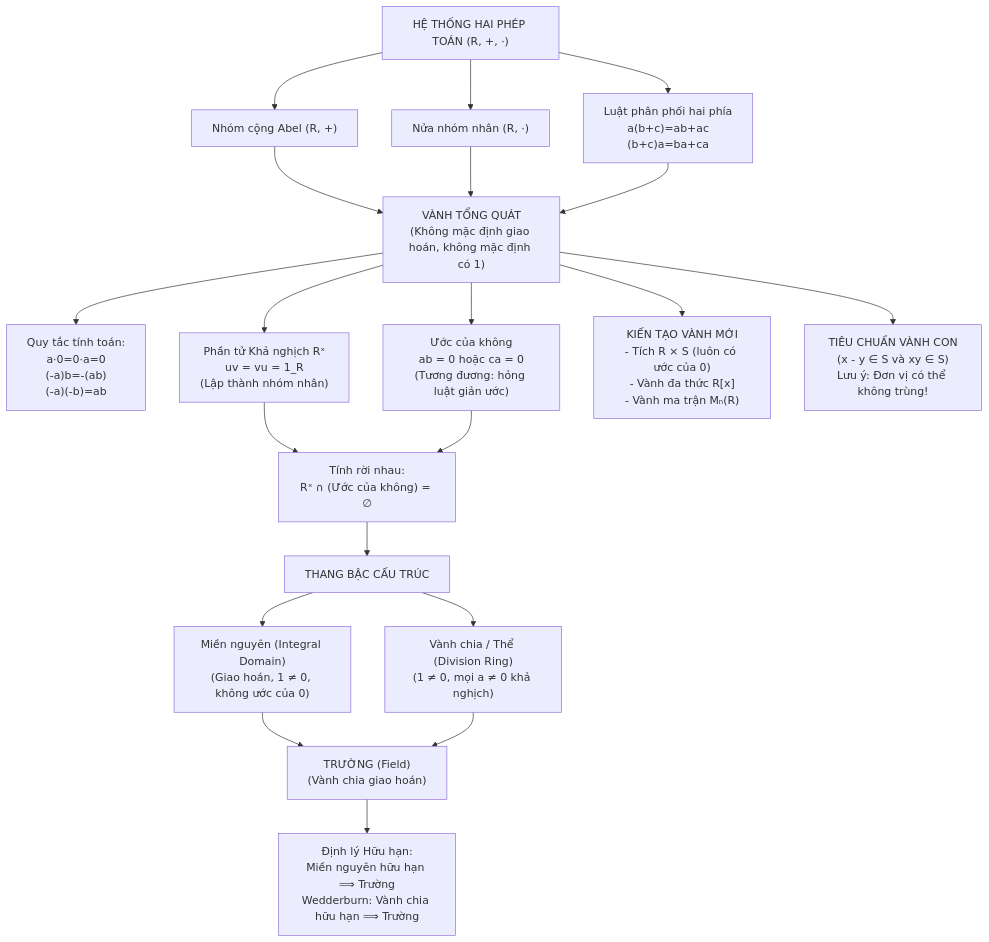
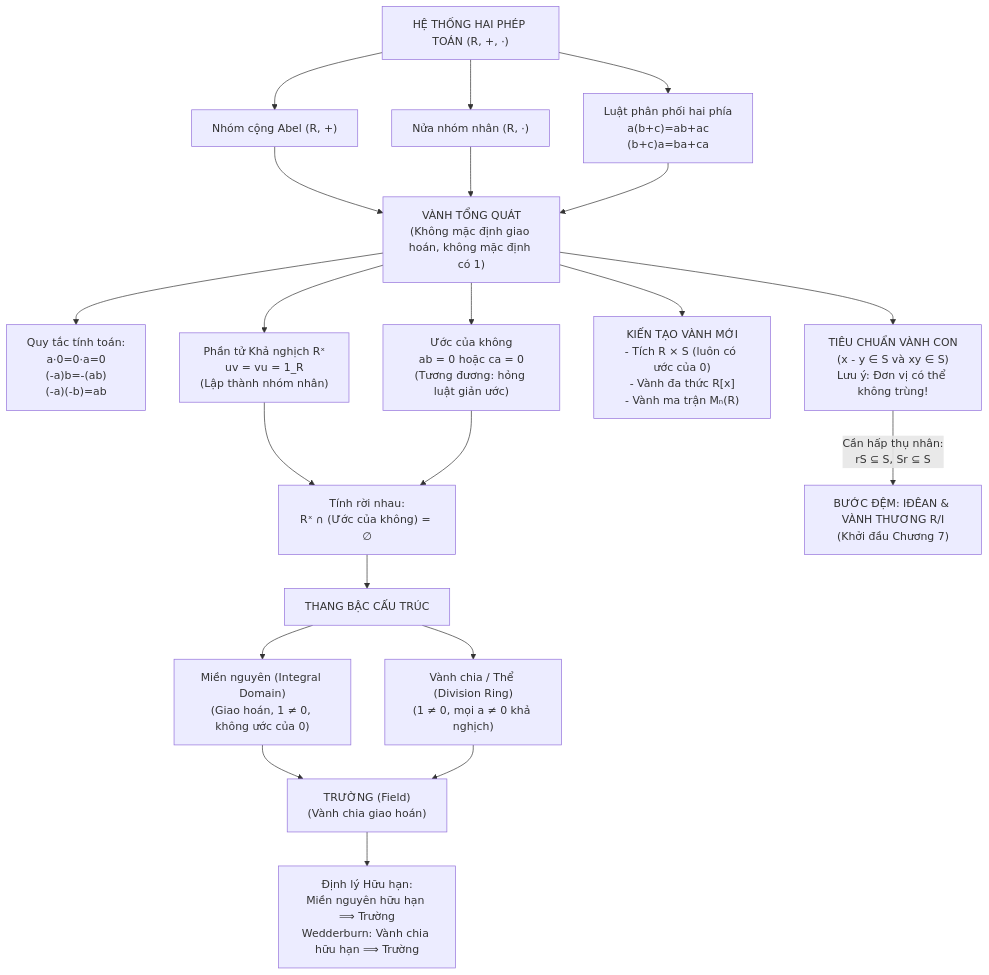
Before and after one commit to lqhninh-cyber/Learning-universe: the diagram in content/algebraic-structures/06-vanh-va-cac-cau-truc/04-bai-tap-va-tong-ket-chuong-6.mdx, drawn with Mermaid. The commit also changed 2 other files, not shown here.

Commit message:
feat(algebraic-structures): bo sung buoc dem dan sang phep nhan tap thuong va idean trong chuong 6
- Bo sung Menh de va Phan vi du (Q/Z) trong Bai 3 lam ro vi sao phep nhan lop ke (a+S)(b+S) = ab+S khong xac dinh tot tren tap thuong neu S chi la vanh con thong thuong.
- Chung minh dieu kien can va du de phep nhan tren tap thuong xac dinh tot la S phai hap thu phep nhan hai phia (rS ⊆ S va Sr ⊆ S), thiet lap dong co su pham dan sang khai niem Idean va Vanh thuong R/I o Chuong 7.
- Cap nhat so do tu duy Mermaid tong ket Chuong 6 trong Bai 4 va bo sung muc tieu hoc thuat tuong ung trong chapter.yaml.

````diff
--- a/content/algebraic-structures/06-vanh-va-cac-cau-truc/04-bai-tap-va-tong-ket-chuong-6.mdx
+++ b/content/algebraic-structures/06-vanh-va-cac-cau-truc/04-bai-tap-va-tong-ket-chuong-6.mdx
@@ -54,24 +54,25 @@
 ```mermaid
 flowchart TD
     A["HỆ THỐNG HAI PHÉP TOÁN (R, +, ·)"] --> B["Nhóm cộng Abel (R, +)"]
     A --> C["Nửa nhóm nhân (R, ·)"]
     A --> D["Luật phân phối hai phía\na(b+c)=ab+ac\n(b+c)a=ba+ca"]
 
     B & C & D --> E["VÀNH TỔNG QUÁT\n(Không mặc định giao hoán, không mặc định có 1)"]
     
     E --> F["Quy tắc tính toán:\na·0=0·a=0\n(-a)b=-(ab)\n(-a)(-b)=ab"]
     E --> G["Phần tử Khả nghịch Rˣ\nuv = vu = 1_R\n(Lập thành nhóm nhân)"]
     E --> H["Ước của không\nab = 0 hoặc ca = 0\n(Tương đương: hỏng luật giản ước)"]
 
     G & H --> I["Tính rời nhau:\nRˣ ∩ (Ước của không) = ∅"]
 
     I --> J["THANG BẬC CẤU TRÚC"]
     J --> K["Miền nguyên (Integral Domain)\n(Giao hoán, 1 ≠ 0, không ước của 0)"]
     J --> L["Vành chia / Thể (Division Ring)\n(1 ≠ 0, mọi a ≠ 0 khả nghịch)"]
     K & L --> M["TRƯỜNG (Field)\n(Vành chia giao hoán)"]
 
     M --> N["Định lý Hữu hạn:\nMiền nguyên hữu hạn ⟹ Trường\nWedderburn: Vành chia hữu hạn ⟹ Trường"]
 
     E --> P["KIẾN TẠO VÀNH MỚI\n- Tích R × S (luôn có ước của 0)\n- Vành đa thức R[x]\n- Vành ma trận Mₙ(R)"]
     E --> Q["TIÊU CHUẨN VÀNH CON\n(x - y ∈ S và xy ∈ S)\nLưu ý: Đơn vị có thể không trùng!"]
+    Q -->|"Cần hấp thụ nhân:\nrS ⊆ S, Sr ⊆ S"| R_Bridge["BƯỚC ĐỆM: IĐÊAN & VÀNH THƯƠNG R/I\n(Khởi đầu Chương 7)"]
 ```
````
